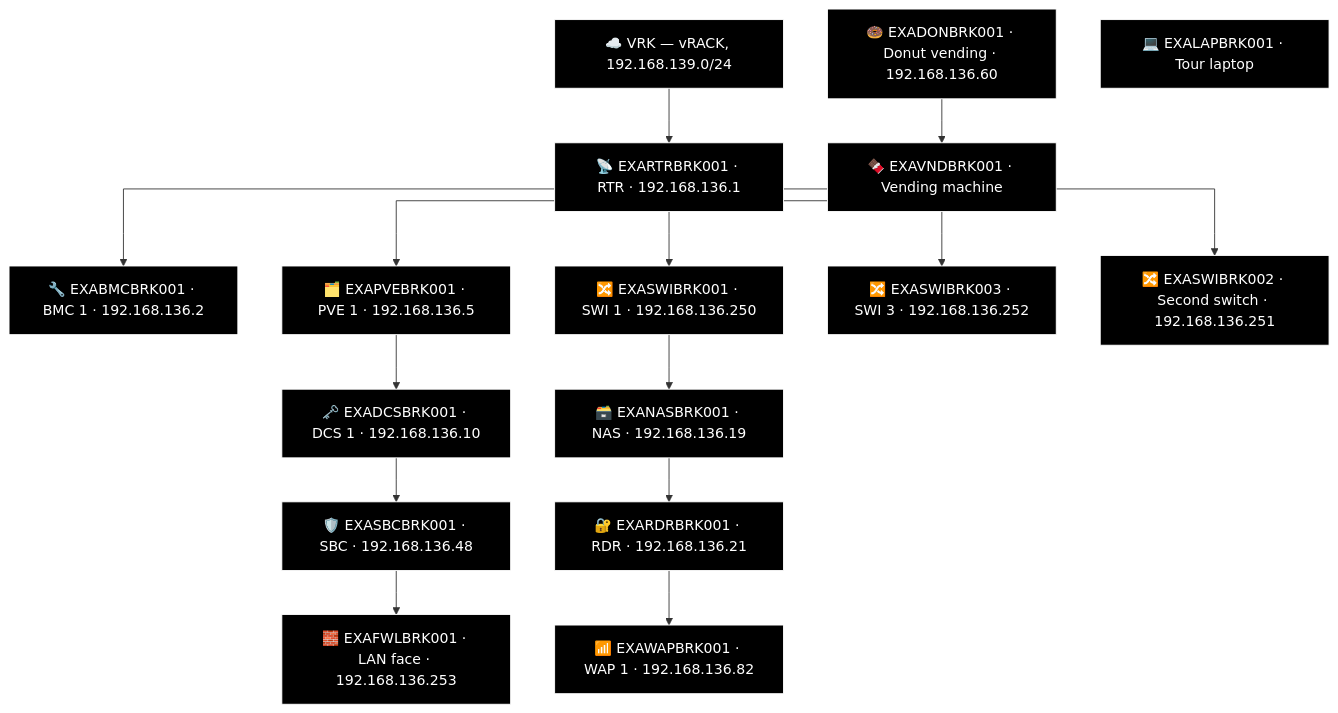
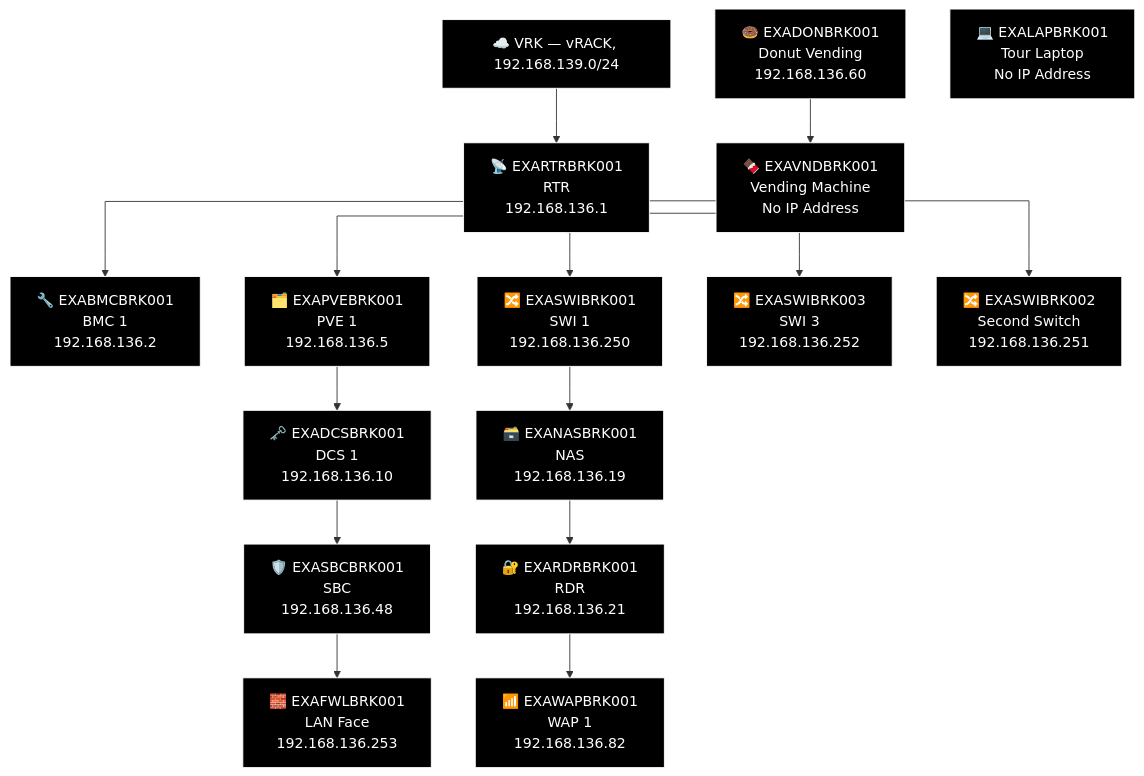
The second of 6 diagrams in docs/network-diagram/canada.md (knightmare2600/example_music_infra), drawn with Mermaid before and after one commit. The commit also changed other lines of this file and 18 other files, not shown here.

````diff
--- a/docs/network-diagram/canada.md
+++ b/docs/network-diagram/canada.md
@@ -64,47 +64,47 @@
 ```mermaid
 %% GENERATED:TOPOLOGY:BRK:START
 %%{init: {'flowchart': {'curve': 'stepAfter'}}}%%
 graph TD
     T_VRK["☁️ VRK — vRACK, 192.168.139.0/24"]
-    T_RTR["📡 EXARTRBRK001 · RTR · 192.168.136.1"]
+    T_RTR["📡 EXARTRBRK001<br/>RTR<br/>192.168.136.1"]
     T_VRK --> T_RTR
-    T_BMC["🔧 EXABMCBRK001 · BMC 1 · 192.168.136.2"]
+    T_BMC["🔧 EXABMCBRK001<br/>BMC 1<br/>192.168.136.2"]
     T_RTR --> T_BMC
-    T_PVE["🗂️ EXAPVEBRK001 · PVE 1 · 192.168.136.5"]
+    T_PVE["🗂️ EXAPVEBRK001<br/>PVE 1<br/>192.168.136.5"]
     T_RTR --> T_PVE
-    T_SWI["🔀 EXASWIBRK001 · SWI 1 · 192.168.136.250"]
+    T_SWI["🔀 EXASWIBRK001<br/>SWI 1<br/>192.168.136.250"]
     T_RTR --> T_SWI
-    T_SWI2["🔀 EXASWIBRK003 · SWI 3 · 192.168.136.252"]
+    T_SWI2["🔀 EXASWIBRK003<br/>SWI 3<br/>192.168.136.252"]
     T_RTR --> T_SWI2
-    T_SWI3["🔀 EXASWIBRK002 · Second switch · 192.168.136.251"]
+    T_SWI3["🔀 EXASWIBRK002<br/>Second Switch<br/>192.168.136.251"]
     T_RTR --> T_SWI3
-    T_NAS["🗃️ EXANASBRK001 · NAS · 192.168.136.19"]
-    T_RDR["🔐 EXARDRBRK001 · RDR · 192.168.136.21"]
-    T_WAP["📶 EXAWAPBRK001 · WAP 1 · 192.168.136.82"]
+    T_NAS["🗃️ EXANASBRK001<br/>NAS<br/>192.168.136.19"]
+    T_RDR["🔐 EXARDRBRK001<br/>RDR<br/>192.168.136.21"]
+    T_WAP["📶 EXAWAPBRK001<br/>WAP 1<br/>192.168.136.82"]
     T_SWI --> T_NAS --> T_RDR --> T_WAP
-    T_DCS["🗝️ EXADCSBRK001 · DCS 1 · 192.168.136.10"]
-    T_SBC["🛡️ EXASBCBRK001 · SBC · 192.168.136.48"]
-    T_FWL["🧱 EXAFWLBRK001 · LAN face · 192.168.136.253"]
+    T_DCS["🗝️ EXADCSBRK001<br/>DCS 1<br/>192.168.136.10"]
+    T_SBC["🛡️ EXASBCBRK001<br/>SBC<br/>192.168.136.48"]
+    T_FWL["🧱 EXAFWLBRK001<br/>LAN Face<br/>192.168.136.253"]
     T_PVE --> T_DCS --> T_SBC --> T_FWL
-    T_DON["🍩 EXADONBRK001 · Donut vending · 192.168.136.60"]
-    T_LAP["💻 EXALAPBRK001 · Tour laptop"]
-    T_VND["🍫 EXAVNDBRK001 · Vending machine"]
+    T_DON["🍩 EXADONBRK001<br/>Donut Vending<br/>192.168.136.60"]
+    T_LAP["💻 EXALAPBRK001<br/>Tour Laptop<br/>No IP Address"]
+    T_VND["🍫 EXAVNDBRK001<br/>Vending Machine<br/>No IP Address"]
     T_DON --> T_VND
     style T_VRK fill:#000000,stroke:#FFFFFF,color:#FFFFFF
     style T_RTR fill:#000000,stroke:#FFFFFF,color:#FFFFFF
     style T_BMC fill:#000000,stroke:#FFFFFF,color:#FFFFFF
     style T_PVE fill:#000000,stroke:#FFFFFF,color:#FFFFFF
     style T_SWI fill:#000000,stroke:#FFFFFF,color:#FFFFFF
     style T_SWI2 fill:#000000,stroke:#FFFFFF,color:#FFFFFF
     style T_SWI3 fill:#000000,stroke:#FFFFFF,color:#FFFFFF
     style T_NAS fill:#000000,stroke:#FFFFFF,color:#FFFFFF
     style T_RDR fill:#000000,stroke:#FFFFFF,color:#FFFFFF
     style T_WAP fill:#000000,stroke:#FFFFFF,color:#FFFFFF
     style T_DCS fill:#000000,stroke:#FFFFFF,color:#FFFFFF
     style T_SBC fill:#000000,stroke:#FFFFFF,color:#FFFFFF
     style T_FWL fill:#000000,stroke:#FFFFFF,color:#FFFFFF
     style T_DON fill:#000000,stroke:#FFFFFF,color:#FFFFFF
     style T_LAP fill:#000000,stroke:#FFFFFF,color:#FFFFFF
     style T_VND fill:#000000,stroke:#FFFFFF,color:#FFFFFF
 %% GENERATED:TOPOLOGY:BRK:END
 ```
````
